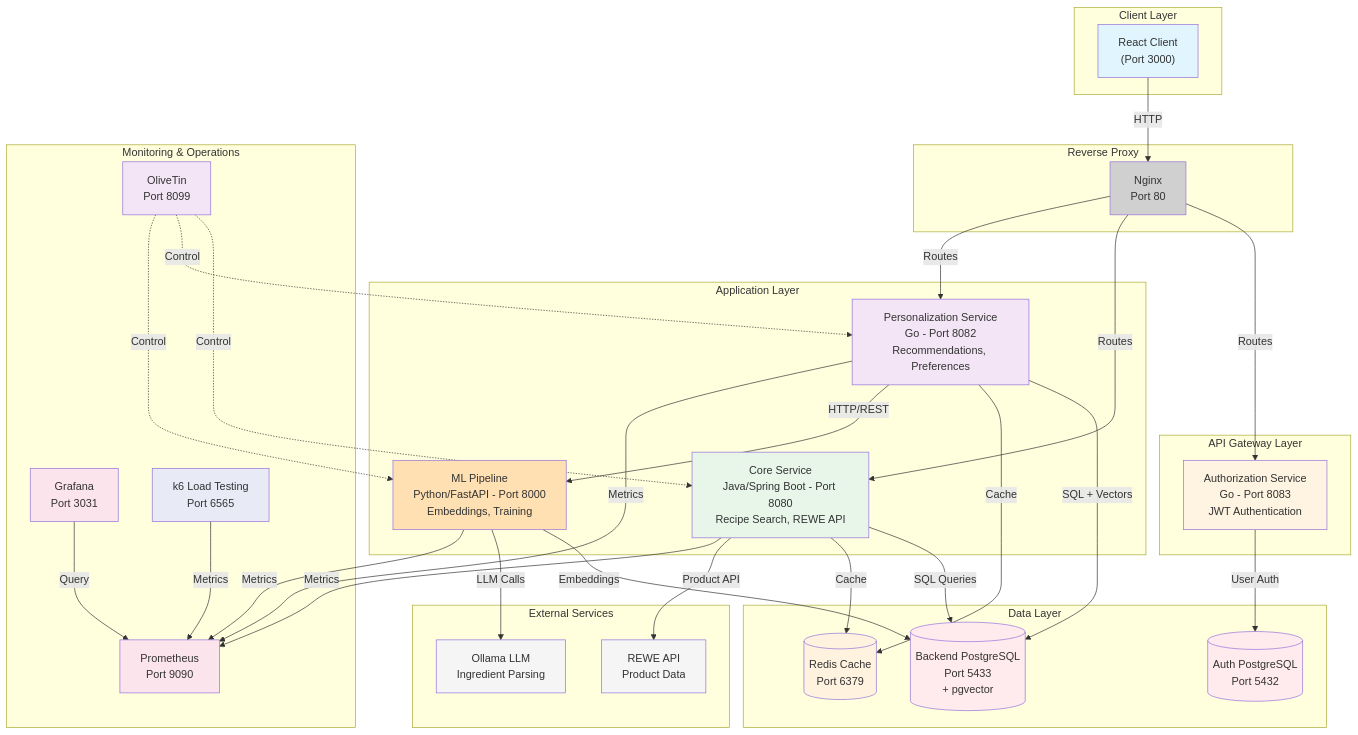
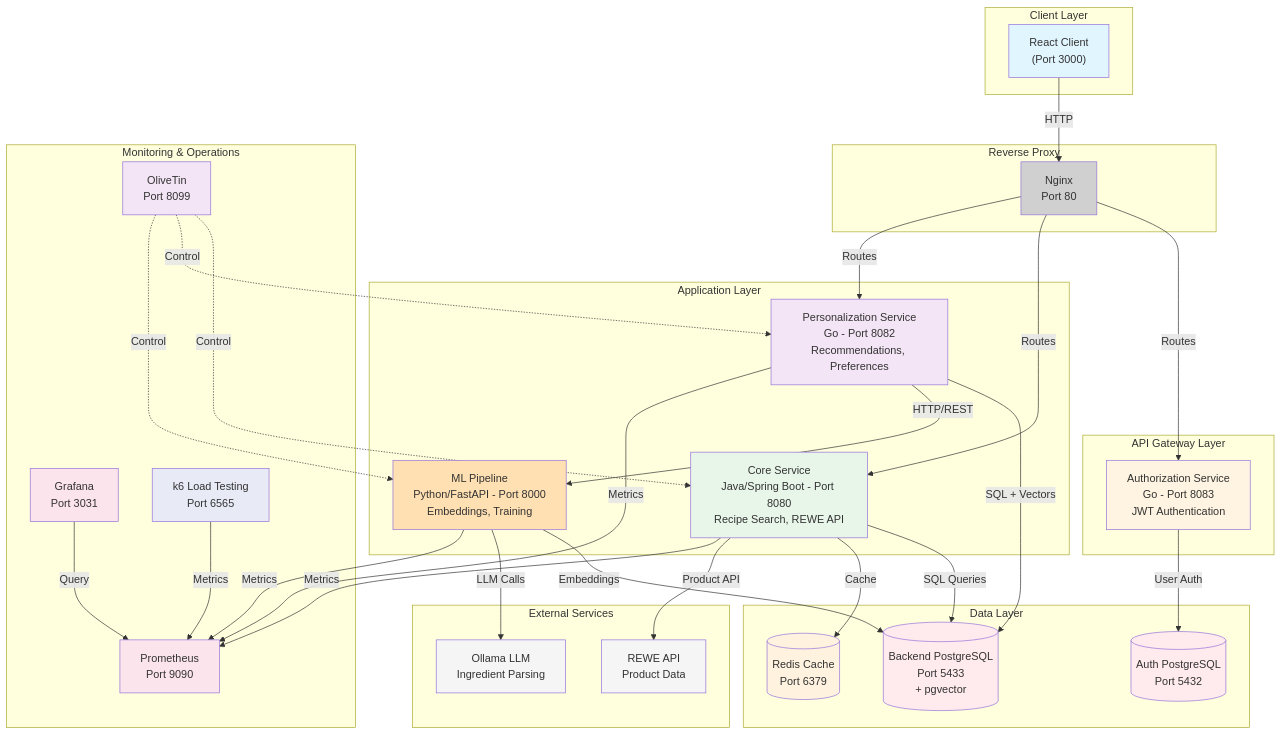
The diagram in README.md (Decidish/decidish), drawn with Mermaid before and after one commit. The commit also changed 2 other files, not shown here.

Commit message:
Remove unused redis

````diff
--- a/README.md
+++ b/README.md
@@ -124,81 +124,80 @@
 ```mermaid
 graph TB
     subgraph "Client Layer"
         CLIENT["React Client<br/>(Port 3000)"]
     end
 
     subgraph "Reverse Proxy"
         NGINX["Nginx<br/>Port 80"]
     end
 
     subgraph "API Gateway Layer"
         AUTH["Authorization Service<br/>Go - Port 8083<br/>JWT Authentication"]
     end
 
     subgraph "Application Layer"
         CORE["Core Service<br/>Java/Spring Boot - Port 8080<br/>Recipe Search, REWE API"]
         PERS["Personalization Service<br/>Go - Port 8082<br/>Recommendations, Preferences"]
         ML["ML Pipeline<br/>Python/FastAPI - Port 8000<br/>Embeddings, Training"]
     end
 
     subgraph "Data Layer"
         DB_BACKEND[("Backend PostgreSQL<br/>Port 5433<br/>+ pgvector")]
         DB_AUTH[("Auth PostgreSQL<br/>Port 5432")]
         REDIS[("Redis Cache<br/>Port 6379")]
     end
 
     subgraph "Monitoring & Operations"
         PROM["Prometheus<br/>Port 9090"]
         GRAFANA["Grafana<br/>Port 3031"]
         OLIVE["OliveTin<br/>Port 8099"]
         K6["k6 Load Testing<br/>Port 6565"]
     end
 
     subgraph "External Services"
         REWE["REWE API<br/>Product Data"]
         OLLAMA["Ollama LLM<br/>Ingredient Parsing"]
     end
 
     CLIENT -->|"HTTP"| NGINX
     NGINX -->|"Routes"| AUTH
     NGINX -->|"Routes"| CORE
     NGINX -->|"Routes"| PERS
     
     AUTH -->|"User Auth"| DB_AUTH
     
     CORE -->|"SQL Queries"| DB_BACKEND
     CORE -->|"Cache"| REDIS
     CORE -->|"Product API"| REWE
     CORE -->|"Metrics"| PROM
     
     PERS -->|"SQL + Vectors"| DB_BACKEND
-    PERS -->|"Cache"| REDIS
     PERS -->|"HTTP/REST"| ML
     PERS -->|"Metrics"| PROM
     
     ML -->|"Embeddings"| DB_BACKEND
     ML -->|"LLM Calls"| OLLAMA
     ML -->|"Metrics"| PROM
     
     GRAFANA -->|"Query"| PROM
     K6 -->|"Metrics"| PROM
     OLIVE -.->|"Control"| CORE
     OLIVE -.->|"Control"| PERS
     OLIVE -.->|"Control"| ML
 
     style CLIENT fill:#e1f5ff
     style NGINX fill:#d0d0d0
     style AUTH fill:#fff4e1
     style CORE fill:#e8f5e9
     style PERS fill:#f3e5f5
     style ML fill:#ffe0b2
     style DB_BACKEND fill:#ffebee
     style DB_AUTH fill:#ffebee
     style REDIS fill:#fff3e0
     style PROM fill:#fce4ec
     style GRAFANA fill:#fce4ec
     style OLIVE fill:#f3e5f5
     style K6 fill:#e8eaf6
     style REWE fill:#f5f5f5
     style OLLAMA fill:#f5f5f5
 ```
````
